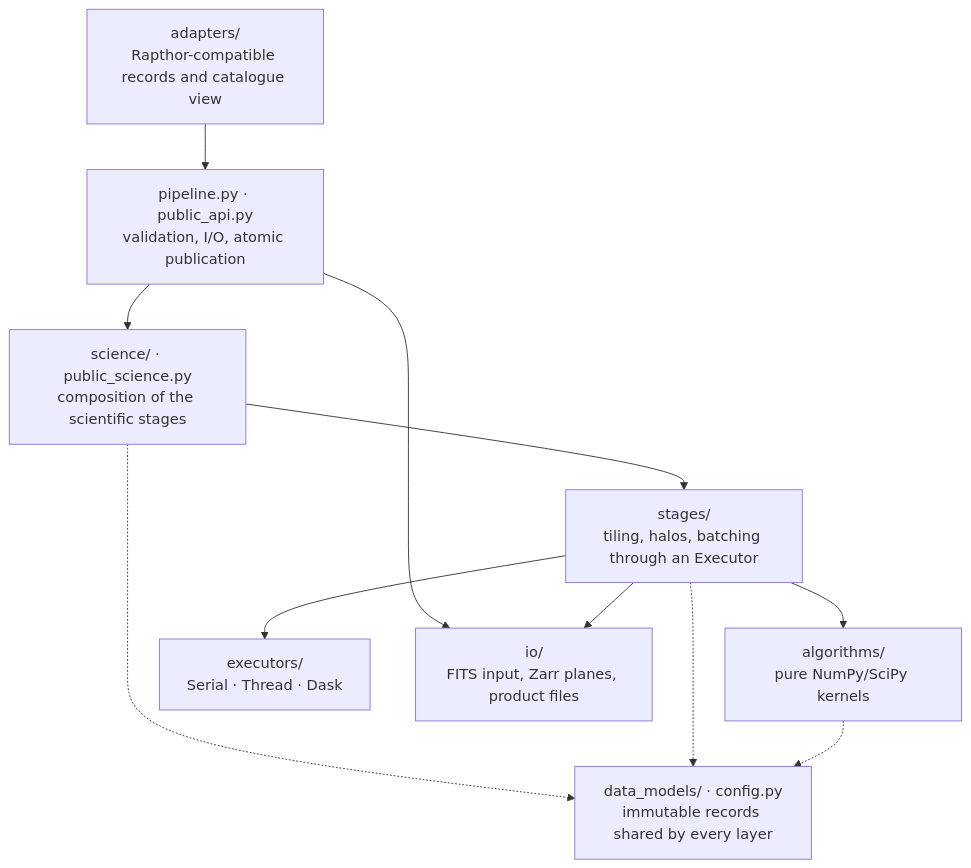
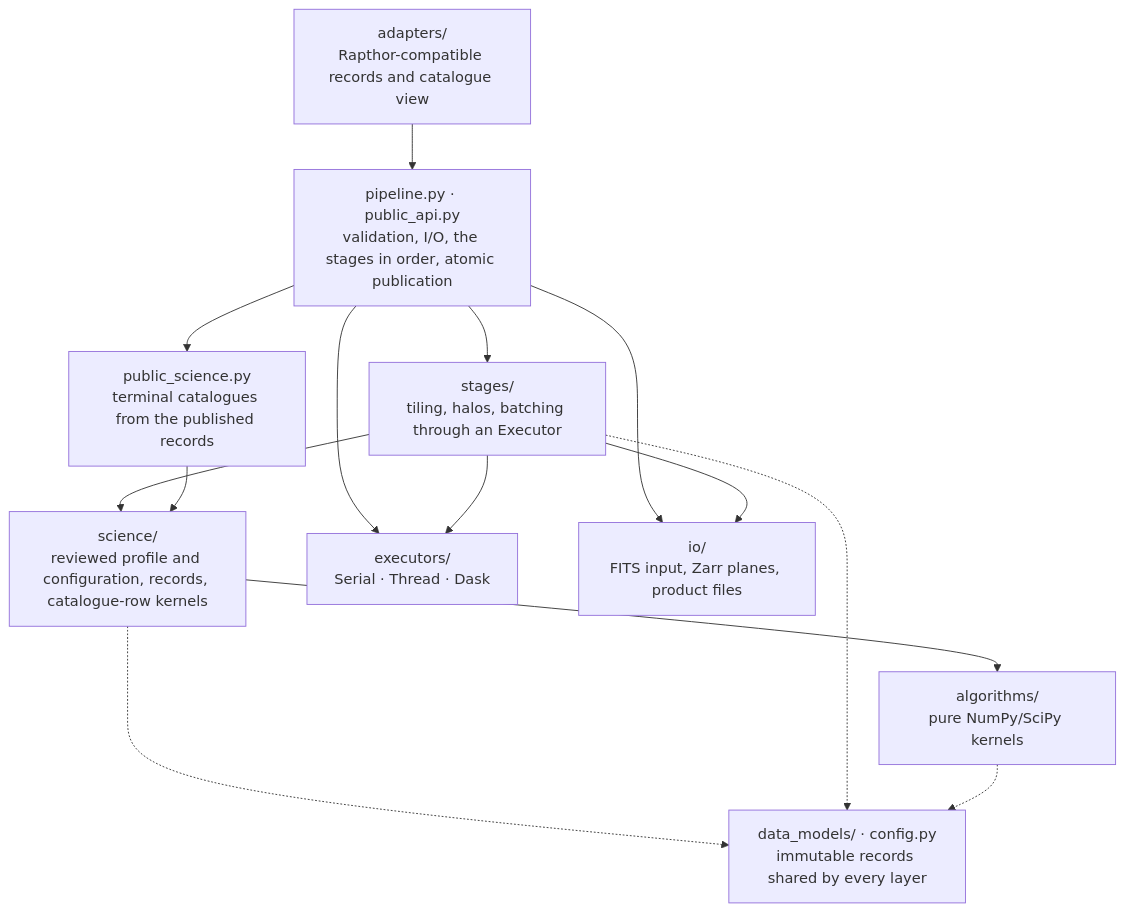
Before and after one commit to gemmadanks/hebog: the second of 2 diagrams in docs/architecture/index.md, drawn with Mermaid. The commit also changed other lines of this file and 16 other files, not shown here.

````diff
--- a/docs/architecture/index.md
+++ b/docs/architecture/index.md
@@ -63,19 +63,22 @@
 ```mermaid
 flowchart TD
     adapters["adapters/<br/>Rapthor-compatible records and catalogue view"]
-    api["pipeline.py · public_api.py<br/>validation, I/O, atomic publication"]
-    science["science/ · public_science.py<br/>composition of the scientific stages"]
+    api["pipeline.py · public_api.py<br/>validation, I/O, the stages in order, atomic publication"]
+    public_science["public_science.py<br/>terminal catalogues from the published records"]
     stages["stages/<br/>tiling, halos, batching through an Executor"]
+    science["science/<br/>reviewed profile and configuration, records, catalogue-row kernels"]
     algorithms["algorithms/<br/>pure NumPy/SciPy kernels"]
     shared["data_models/ · config.py<br/>immutable records shared by every layer"]
     executors["executors/<br/>Serial · Thread · Dask"]
     io["io/<br/>FITS input, Zarr planes, product files"]
 
-    adapters --> api --> science --> stages --> algorithms
+    adapters --> api --> stages --> science --> algorithms
+    api --> public_science --> science
     api --> io
+    api --> executors
     stages --> executors
     stages --> io
     science -.-> shared
     stages -.-> shared
     algorithms -.-> shared
 ```
````
